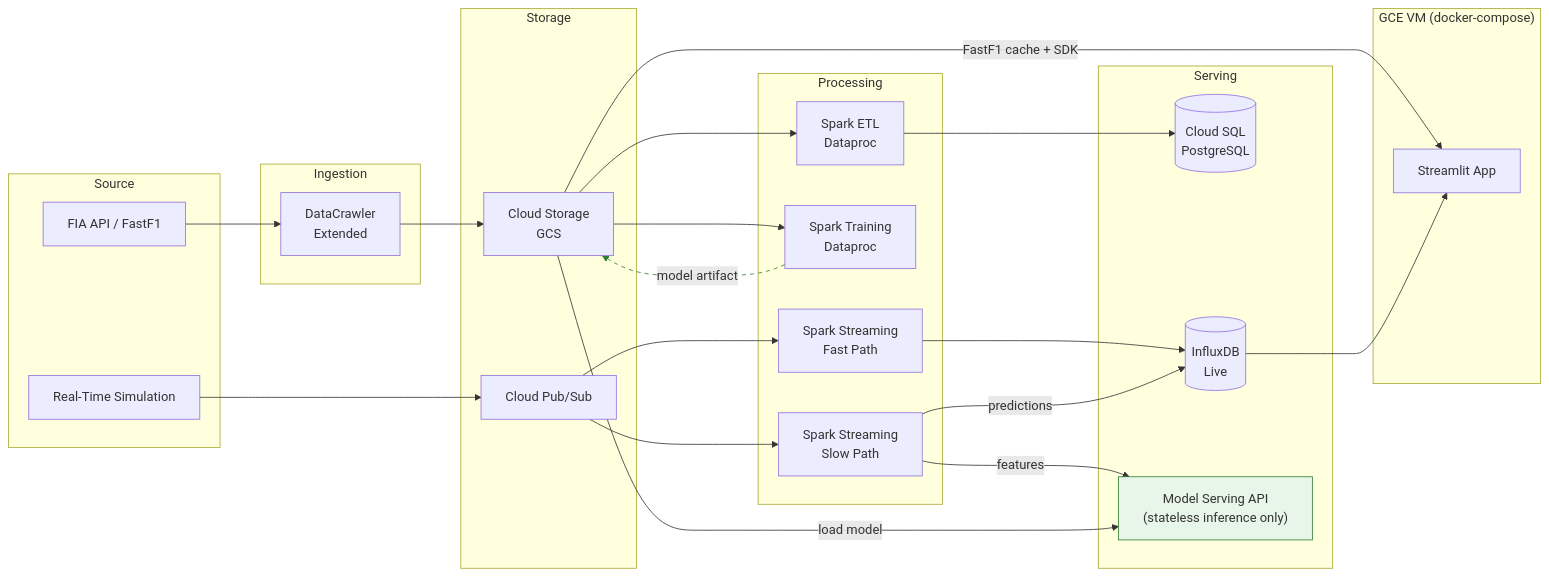
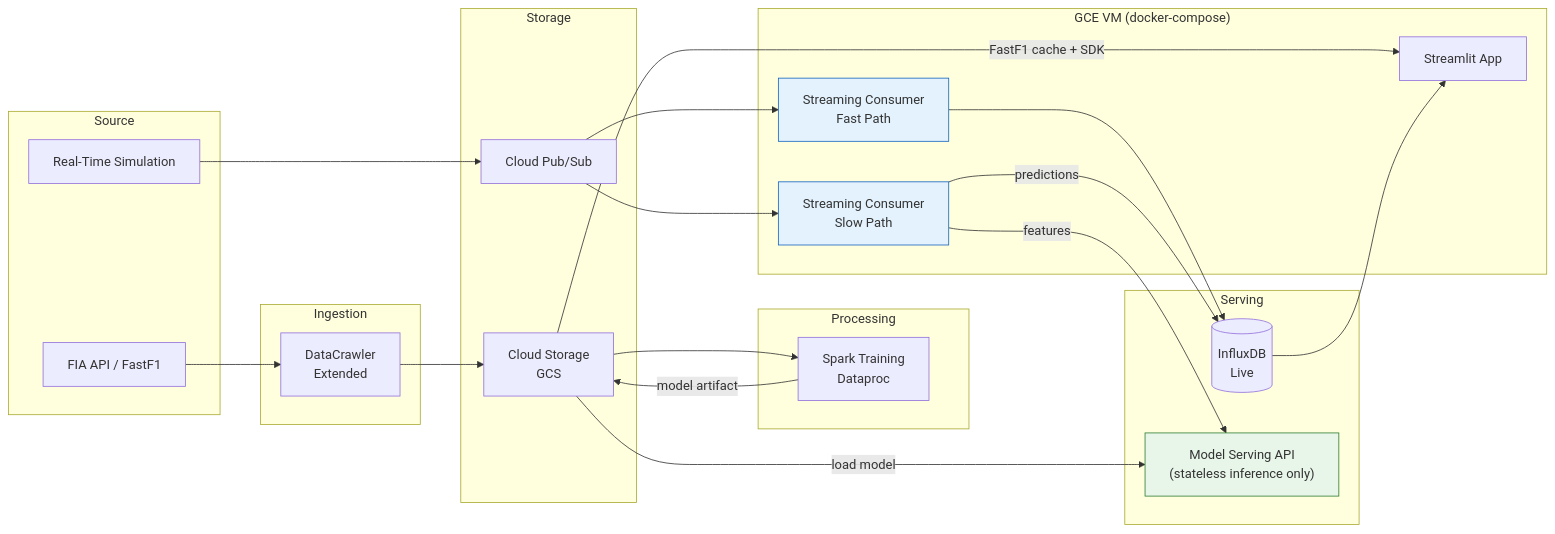
Before and after one commit to nmk-k66-uet/F1-Chubby-Data: the first of 11 diagrams in revised_plan.md, drawn with Mermaid. The commit also changed other lines of this file, not shown here.

````diff
--- a/revised_plan.md
+++ b/revised_plan.md
@@ -15,52 +15,50 @@
 ```mermaid
 flowchart LR
     subgraph Source
         FIA[FIA API / FastF1]
         SIM[Real-Time Simulation]
     end
 
     subgraph Ingestion
         DC[DataCrawler<br/>Extended]
     end
 
     subgraph Storage
         GCS[Cloud Storage<br/>GCS]
         PUBSUB[Cloud Pub/Sub]
     end
 
     subgraph Processing
-        SPARK_ETL[Spark ETL<br/>Dataproc]
         SPARK_TRAIN[Spark Training<br/>Dataproc]
-        FAST[Spark Streaming<br/>Fast Path]
-        SLOW[Spark Streaming<br/>Slow Path]
     end
 
     subgraph Serving
-        PG[(Cloud SQL<br/>PostgreSQL)]
         INFLUX[(InfluxDB<br/>Live)]
         MLAPI["Model Serving API<br/>(stateless inference only)"]
     end
 
     subgraph "GCE VM (docker-compose)"
         INFLUX
         MLAPI
+        FAST[Streaming Consumer<br/>Fast Path]
+        SLOW[Streaming Consumer<br/>Slow Path]
         UI[Streamlit App]
     end
 
     FIA --> DC --> GCS
     SIM --> PUBSUB
 
-    GCS --> SPARK_ETL --> PG
     GCS --> SPARK_TRAIN -->|model artifact| GCS
 
     PUBSUB --> FAST --> INFLUX
     PUBSUB --> SLOW -->|features| MLAPI
     SLOW -->|predictions| INFLUX
 
     GCS -->|load model| MLAPI
     GCS -->|FastF1 cache + SDK| UI
     INFLUX --> UI
 
     style MLAPI fill:#e8f5e9,stroke:#2e7d32
-    linkStyle 6 stroke:#2e7d32,stroke-dasharray:5
+    style FAST fill:#e3f2fd,stroke:#1565c0
+    style SLOW fill:#e3f2fd,stroke:#1565c0
 ```
````
